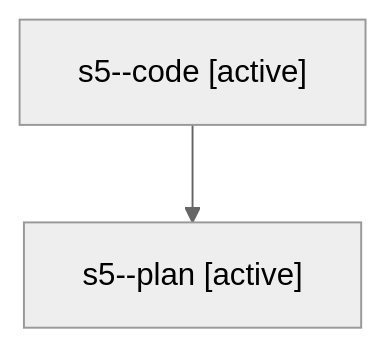
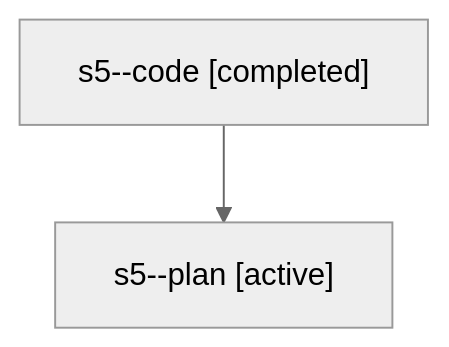
Before and after one commit to sase-org/sase--agents: the diagram in families/bbugyi200.athena.s5.md, drawn with Mermaid (neutral theme). The commit also changed other lines of this file and 5813 other files, not shown here.

````diff
--- a/families/bbugyi200.athena.s5.md
+++ b/families/bbugyi200.athena.s5.md
@@ -9,6 +9,6 @@
 ```mermaid
 flowchart TD
-  n0["s5--code [active]"]
+  n0["s5--code [completed]"]
   n1["s5--plan [active]"]
   n0 --> n1
 ```
````
